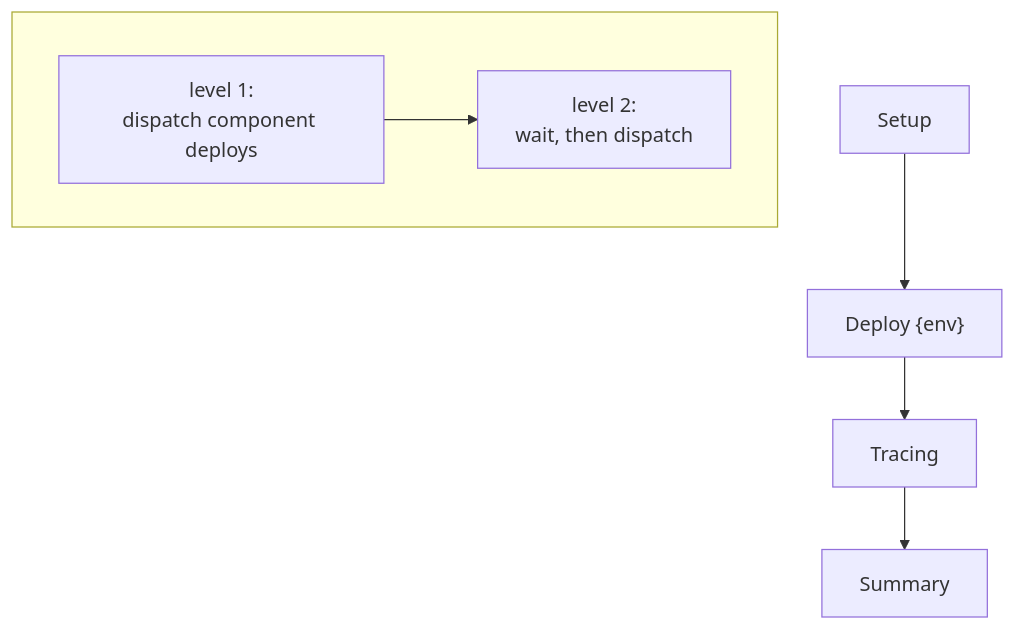
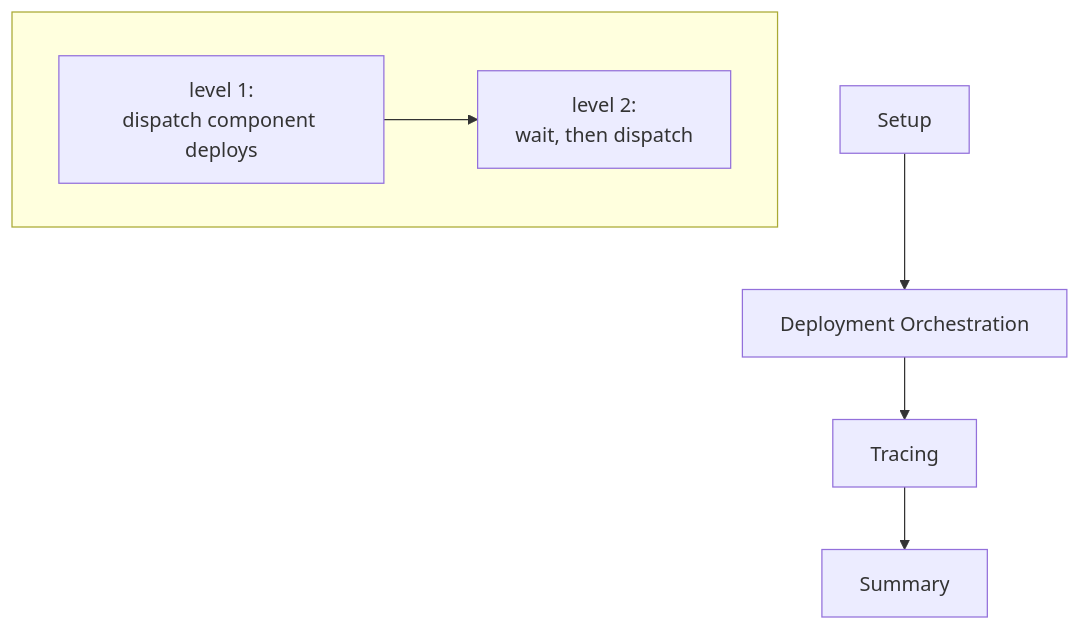
The eighth of 11 diagrams in docs/flows.md (progmise/reusable-workflows), drawn with Mermaid before and after one commit. The commit also changed 1 other file, not shown here.

Commit message:
style(orch-deploy): rename job to Deployment Orchestration (OAM parity)

````diff
--- a/docs/flows.md
+++ b/docs/flows.md
@@ -172,10 +172,10 @@
 ```mermaid
 flowchart TD
-    S[Setup] --> D["Deploy {env}"]
+    S[Setup] --> D["Deployment Orchestration"]
     D --> T[Tracing]
     T --> SUM[Summary]
     subgraph D2[" "]
         direction LR
         L1["level 1:<br/>dispatch component deploys"] --> L2["level 2:<br/>wait, then dispatch"]
     end
 ```
````
